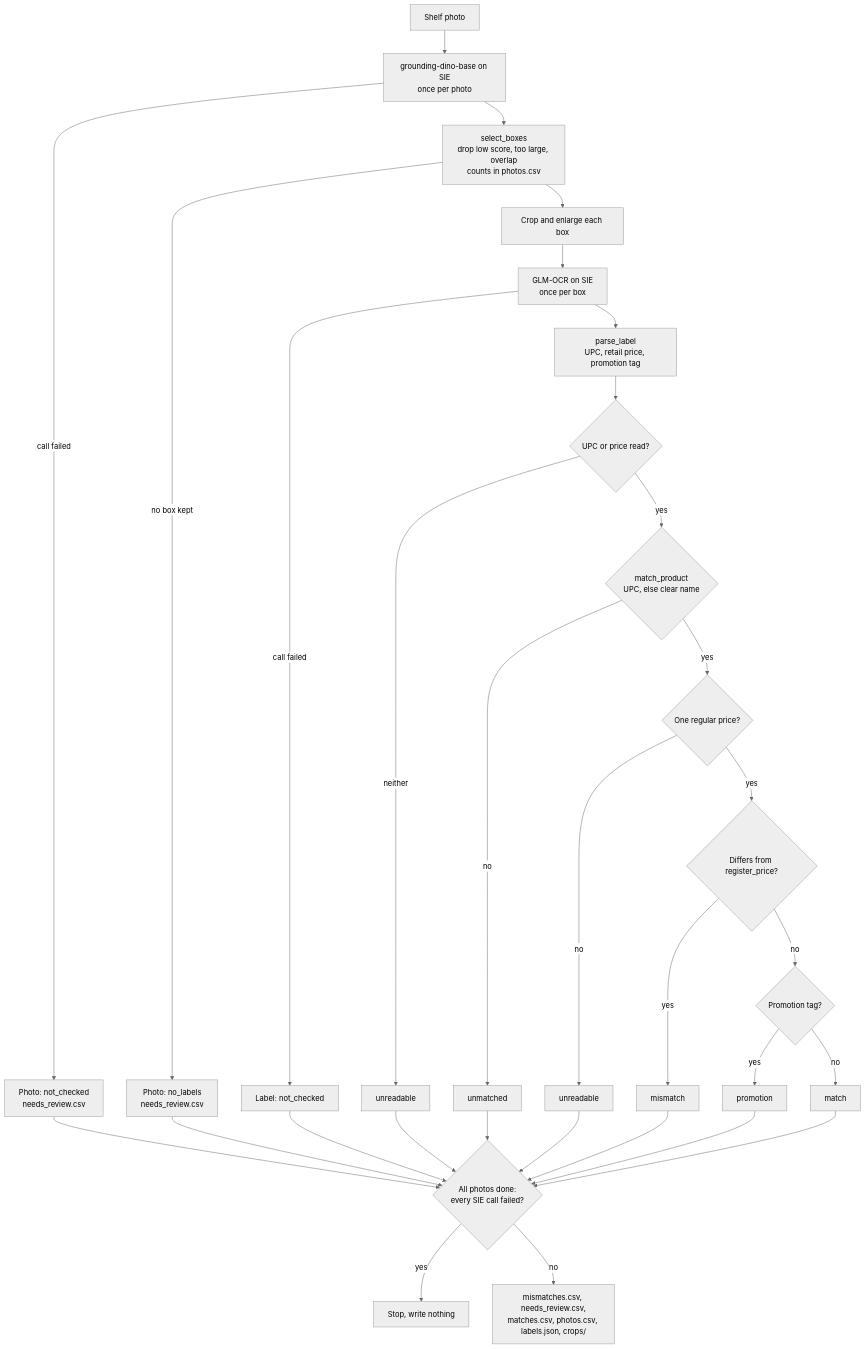
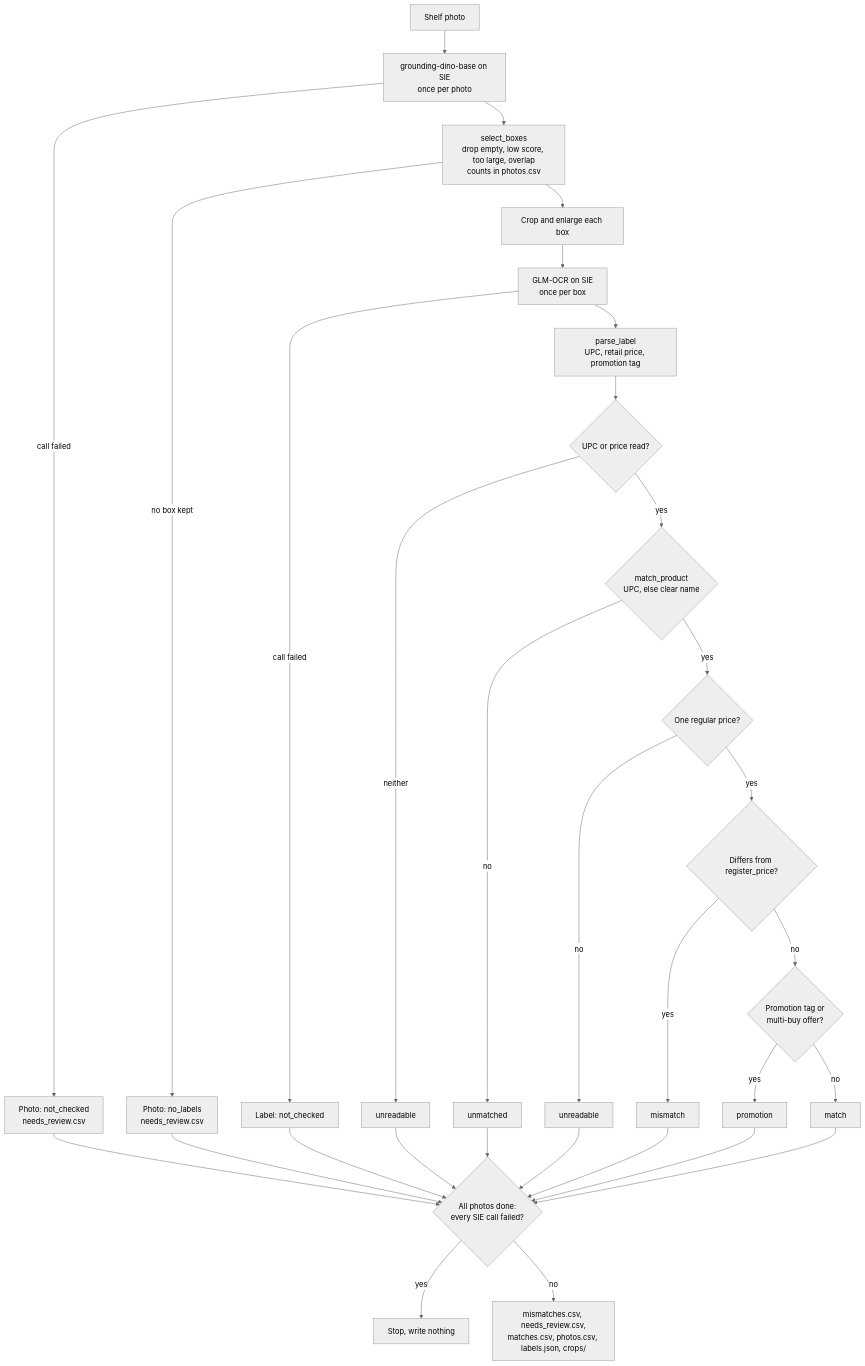
The diagram in retail/shelf_price_check/README.md (superlinked/cookbook), drawn with Mermaid (neutral theme) before and after one commit. The commit also changed other lines of this file and 2 other files, not shown here.

First line of the commit message:
fix(retail): shelf_price_check treats multi-buy offers as promotions

````diff
--- a/retail/shelf_price_check/README.md
+++ b/retail/shelf_price_check/README.md
@@ -96,33 +101,33 @@
 ```mermaid
 flowchart TD
     P[Shelf photo] --> D[grounding-dino-base on SIE<br/>once per photo]
     D -- call failed --> PN[Photo: not_checked<br/>needs_review.csv]
-    D --> S[select_boxes<br/>drop low score, too large, overlap<br/>counts in photos.csv]
+    D --> S[select_boxes<br/>drop empty, low score, too large, overlap<br/>counts in photos.csv]
     S -- no box kept --> PL[Photo: no_labels<br/>needs_review.csv]
     S --> C[Crop and enlarge each box]
     C --> O[GLM-OCR on SIE<br/>once per box]
     O -- call failed --> LN[Label: not_checked]
     O --> R[parse_label<br/>UPC, retail price, promotion tag]
     R --> Q{UPC or price read?}
     Q -- neither --> U1[unreadable]
     Q -- yes --> M{match_product<br/>UPC, else clear name}
     M -- no --> UM[unmatched]
     M -- yes --> N{One regular price?}
     N -- no --> U2[unreadable]
     N -- yes --> X{Differs from register_price?}
     X -- yes --> MM[mismatch]
-    X -- no --> PR{Promotion tag?}
+    X -- no --> PR{Promotion tag or<br/>multi-buy offer?}
     PR -- yes --> PM[promotion]
     PR -- no --> OK[match]
     LN --> W
     U1 --> W
     UM --> W
     U2 --> W
     MM --> W
     PM --> W
     OK --> W
     PN --> W
     PL --> W
     W{All photos done:<br/>every SIE call failed?} -- yes --> STOP[Stop, write nothing]
     W -- no --> OUT[mismatches.csv, needs_review.csv,<br/>matches.csv, photos.csv, labels.json, crops/]
 ```
````
